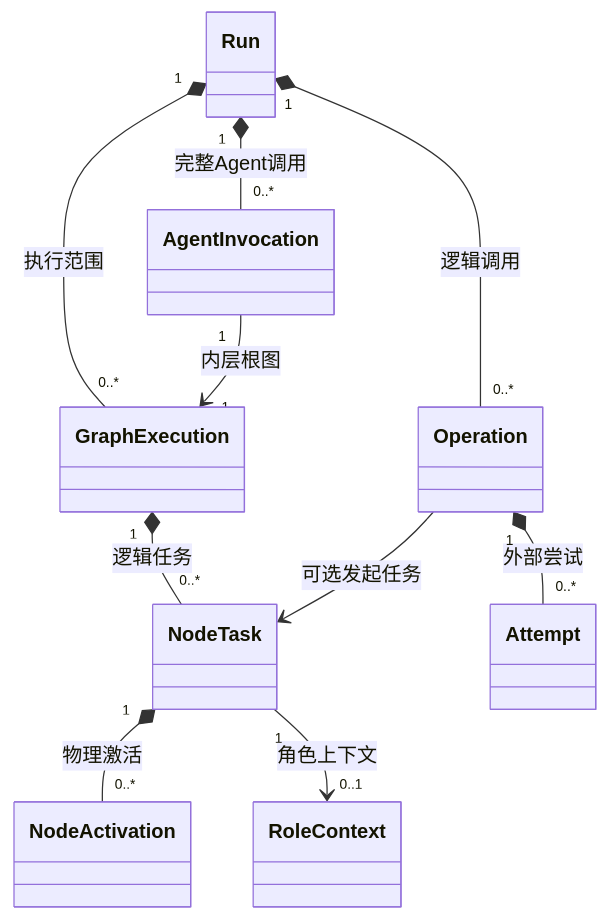
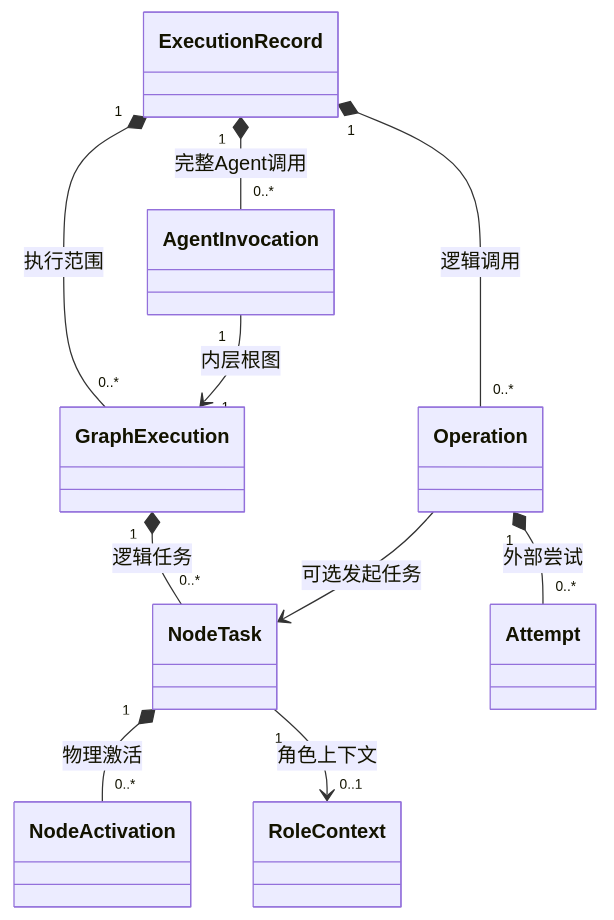
The third of 3 diagrams in docs/sdk/definitions.md (dujian0068/agent-loom), drawn with Mermaid before and after one commit. The commit also changed other lines of this file and 28 other files, not shown here.

````diff
--- a/docs/sdk/definitions.md
+++ b/docs/sdk/definitions.md
@@ -128,20 +132,20 @@
 ```mermaid
 classDiagram
-    class Run
+    class ExecutionRecord
     class AgentInvocation
     class GraphExecution
     class NodeTask
     class NodeActivation
     class RoleContext
     class Operation
     class Attempt
-    Run "1" *-- "0..*" AgentInvocation : 完整Agent调用
-    Run "1" *-- "0..*" GraphExecution : 执行范围
+    ExecutionRecord "1" *-- "0..*" AgentInvocation : 完整Agent调用
+    ExecutionRecord "1" *-- "0..*" GraphExecution : 执行范围
     AgentInvocation "1" --> "1" GraphExecution : 内层根图
     GraphExecution "1" *-- "0..*" NodeTask : 逻辑任务
     NodeTask "1" *-- "0..*" NodeActivation : 物理激活
     NodeTask "1" --> "0..1" RoleContext : 角色上下文
-    Run "1" *-- "0..*" Operation : 逻辑调用
+    ExecutionRecord "1" *-- "0..*" Operation : 逻辑调用
     Operation --> NodeTask : 可选发起任务
     Operation "1" *-- "0..*" Attempt : 外部尝试
 ```
````
